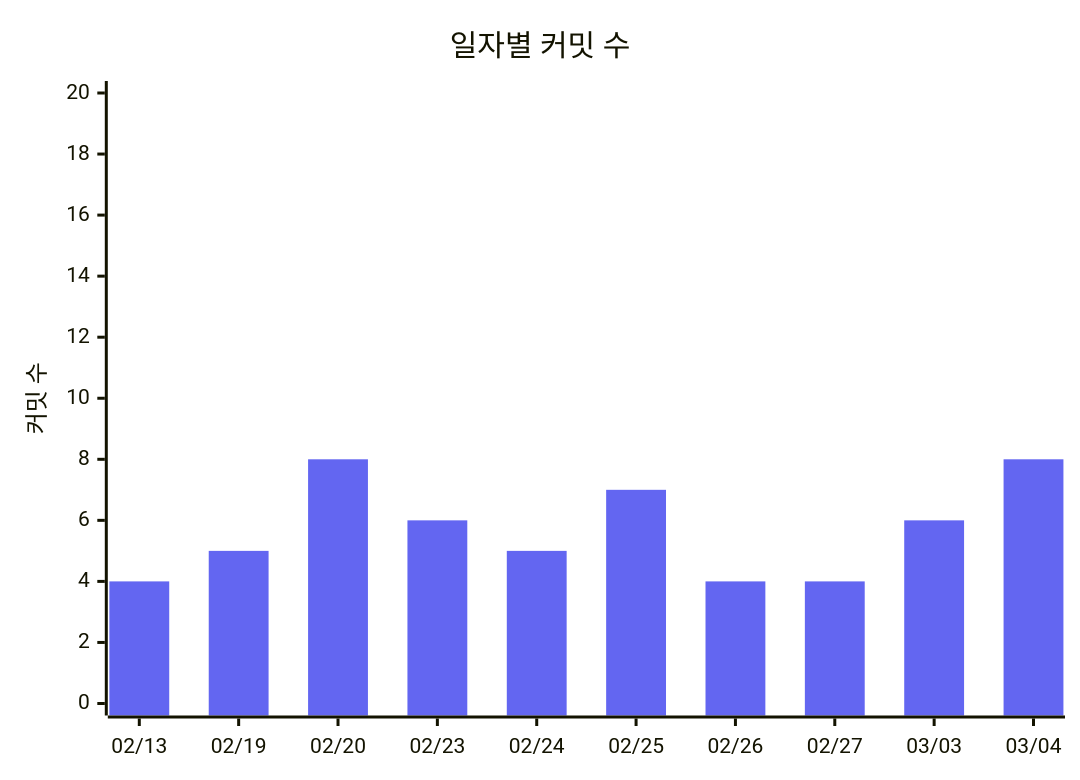
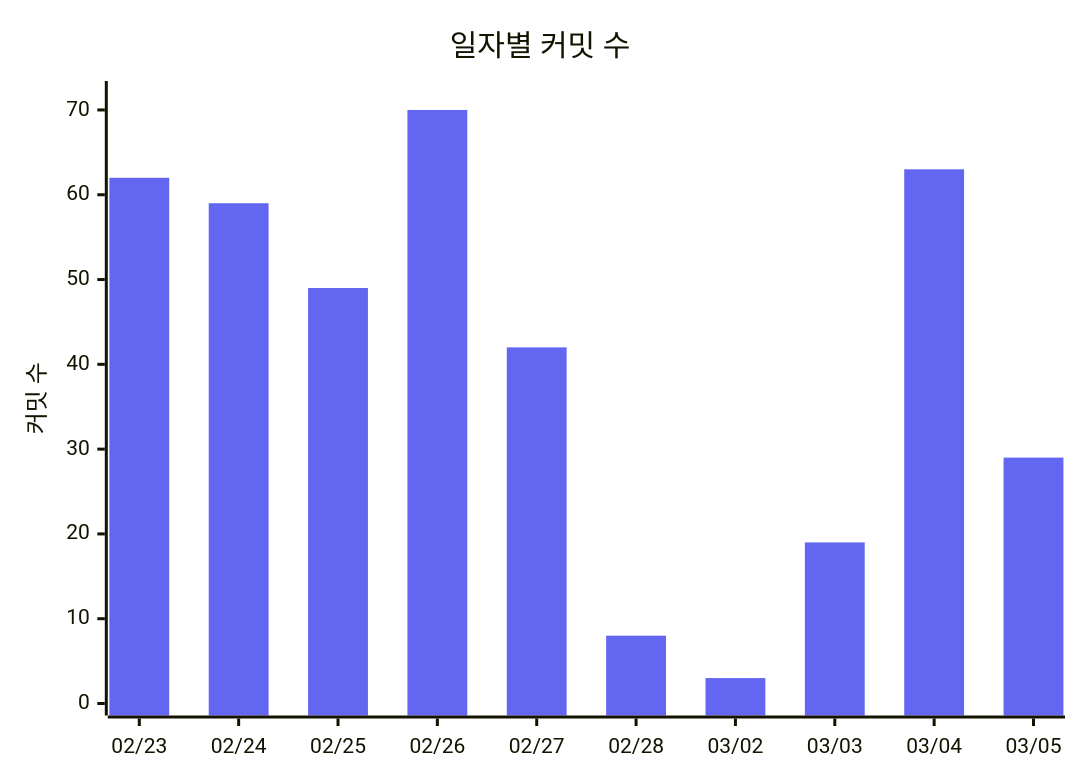
Before and after one commit to 3rd-project-team-1/ALYAC-market-team1: the fourth of 4 diagrams in README.md, drawn with Mermaid. The commit also changed other lines of this file, not shown here.

````diff
--- a/README.md
+++ b/README.md
@@ -439,12 +440,12 @@
 ```mermaid
 %%{init: { 'theme': 'base', 'themeVariables': {
   'xyChart': {
     'plotColorPalette': '#6366f1'
   }
 } } }%%
 xychart-beta
   title "일자별 커밋 수"
-  x-axis ["02/13", "02/19", "02/20", "02/23", "02/24", "02/25", "02/26", "02/27", "03/03", "03/04"]
-  y-axis "커밋 수" 0 --> 20
-  bar [4, 5, 8, 6, 5, 7, 4, 4, 6, 8]
+  x-axis ["02/23", "02/24", "02/25", "02/26", "02/27", "02/28", "03/02", "03/03", "03/04", "03/05"]
+  y-axis "커밋 수" 0 --> 72
+  bar [62, 59, 49, 70, 42, 8, 3, 19, 63, 29]
 ```
````
